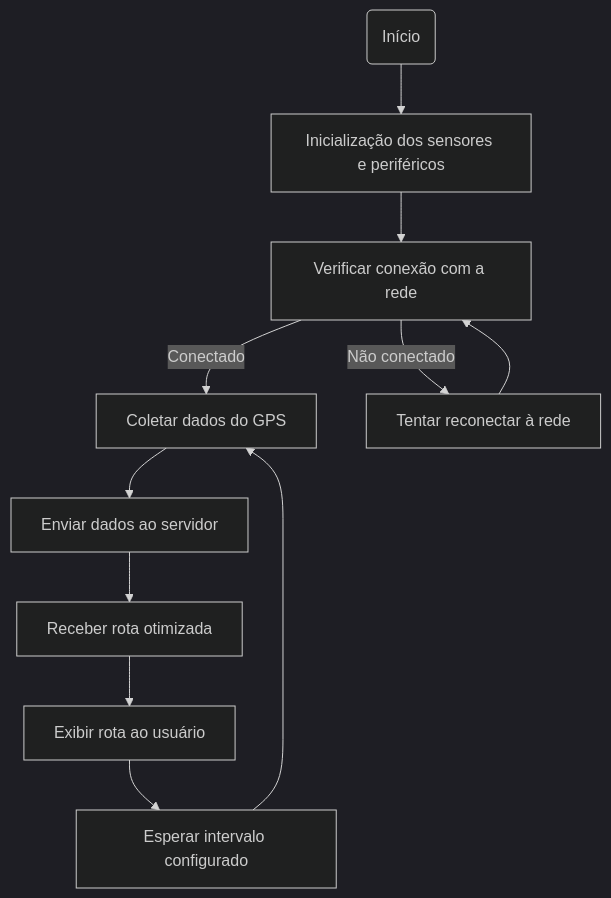
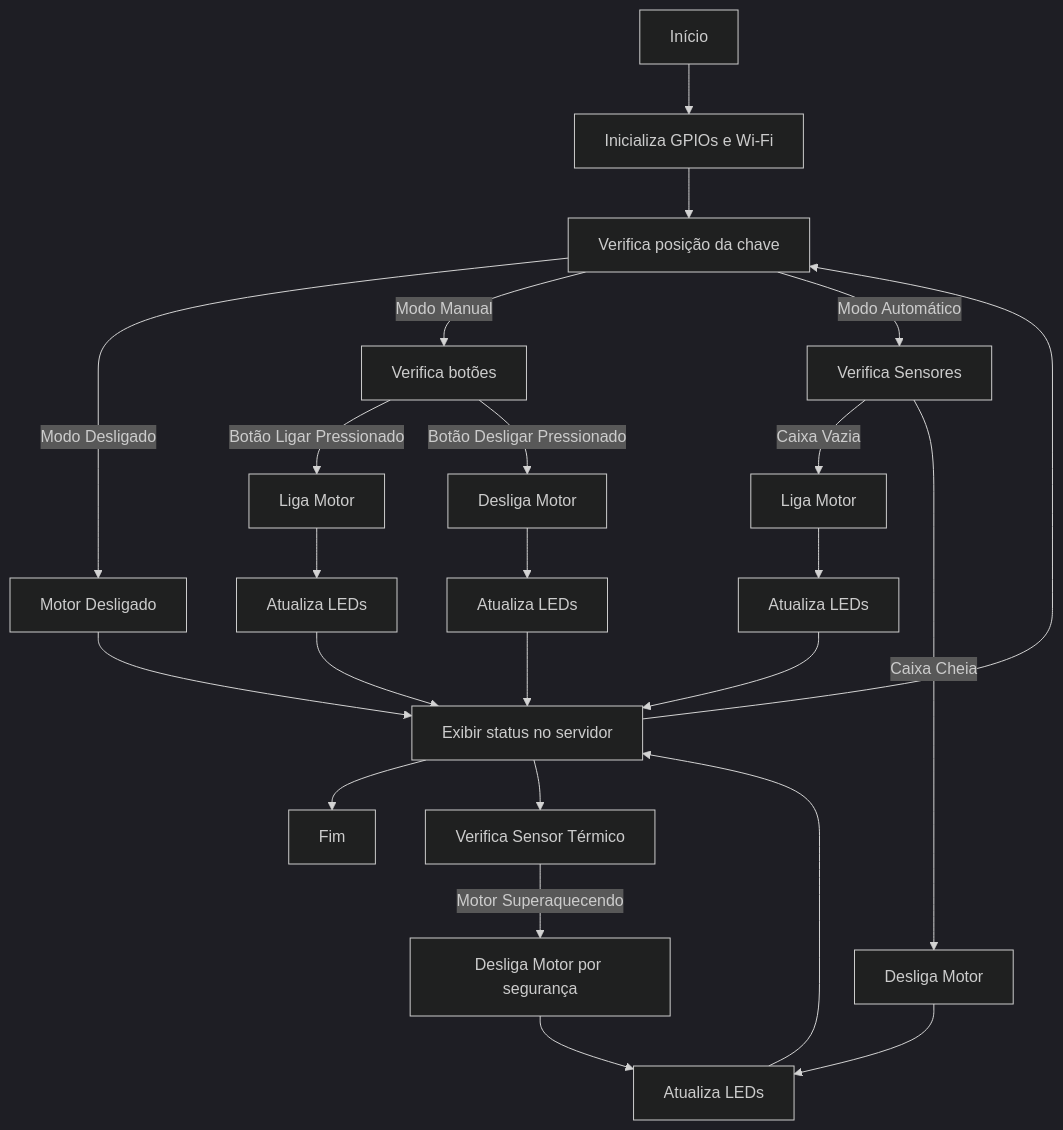
The diagram in README.md (JoneyPereira/embarca-tech), drawn with Mermaid (dark theme) before and after one commit.

````diff
--- a/README.md
+++ b/README.md
@@ -2,13 +2,39 @@
 ```mermaid
-flowchart TD
-    A(Início) --> B[Inicialização dos sensores e periféricos]
-    B --> C[Verificar conexão com a rede]
-    C -->|Conectado| D[Coletar dados do GPS]
-    C -->|Não conectado| E[Tentar reconectar à rede]
-    E --> C
-    D --> F[Enviar dados ao servidor]
-    F --> G[Receber rota otimizada]
-    G --> H[Exibir rota ao usuário]
-    H --> I[Esperar intervalo configurado]
-    I --> D
+graph TD;
+    %% Início do Fluxograma
+    A[Início] --> B[Inicializa GPIOs e Wi-Fi]
+    B --> C[Verifica posição da chave]
+    
+    %% Decisão sobre o modo de operação
+    C -->|Modo Desligado| D[Motor Desligado]
+    D --> F[Exibir status no servidor] --> Z[Fim]
+
+    C -->|Modo Manual| E[Verifica botões]
+    
+    %% Controle Manual
+    E -->|Botão Ligar Pressionado| G[Liga Motor]
+    G --> H[Atualiza LEDs] --> F
+    
+    E -->|Botão Desligar Pressionado| I[Desliga Motor]
+    I --> J[Atualiza LEDs] --> F
+
+    C -->|Modo Automático| K[Verifica Sensores]
+
+    %% Controle Automático
+    K -->|Caixa Vazia| L[Liga Motor]
+    L --> M[Atualiza LEDs] --> F
+    
+    K -->|Caixa Cheia| N[Desliga Motor]
+    N --> O[Atualiza LEDs] --> F
+    
+    %% Verificação de Superaquecimento
+    F --> P[Verifica Sensor Térmico]
+    P -->|Motor Superaquecendo| Q[Desliga Motor por segurança]
+    Q --> O
+
+    %% Loop contínuo
+    F --> C
+
+    %% Fim do Fluxograma
+    Z
 ```
````
